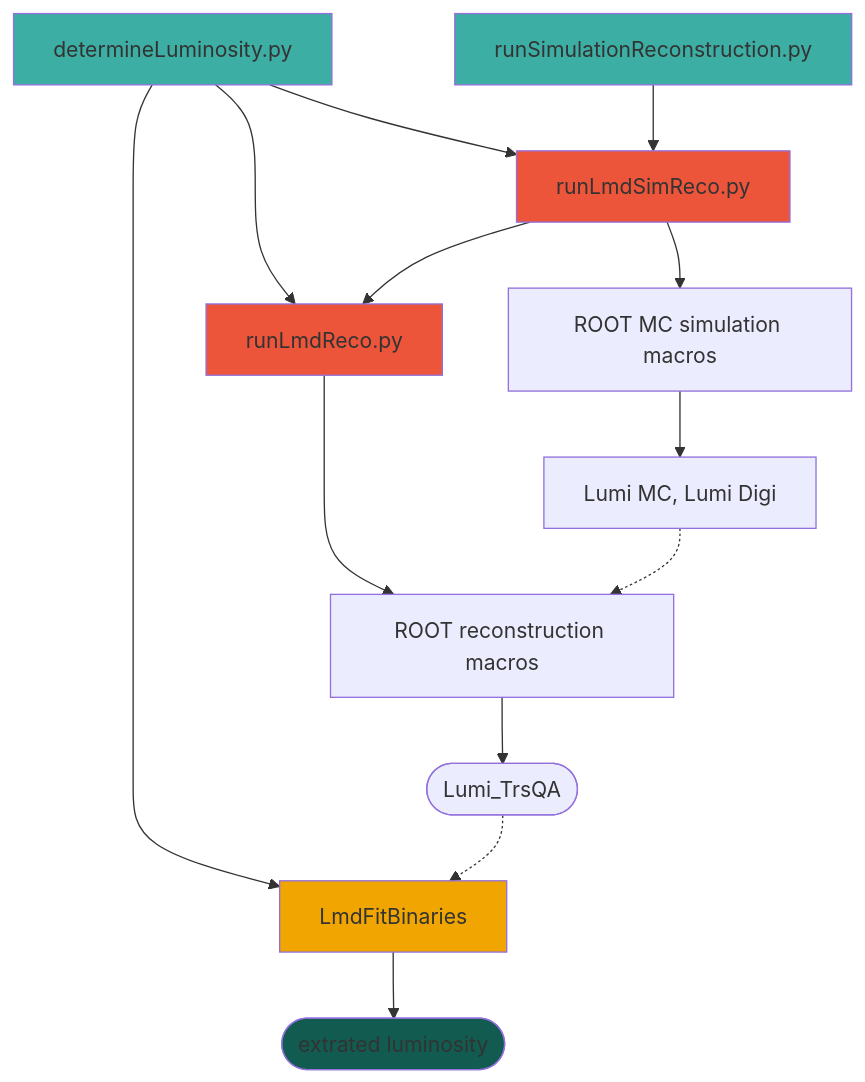
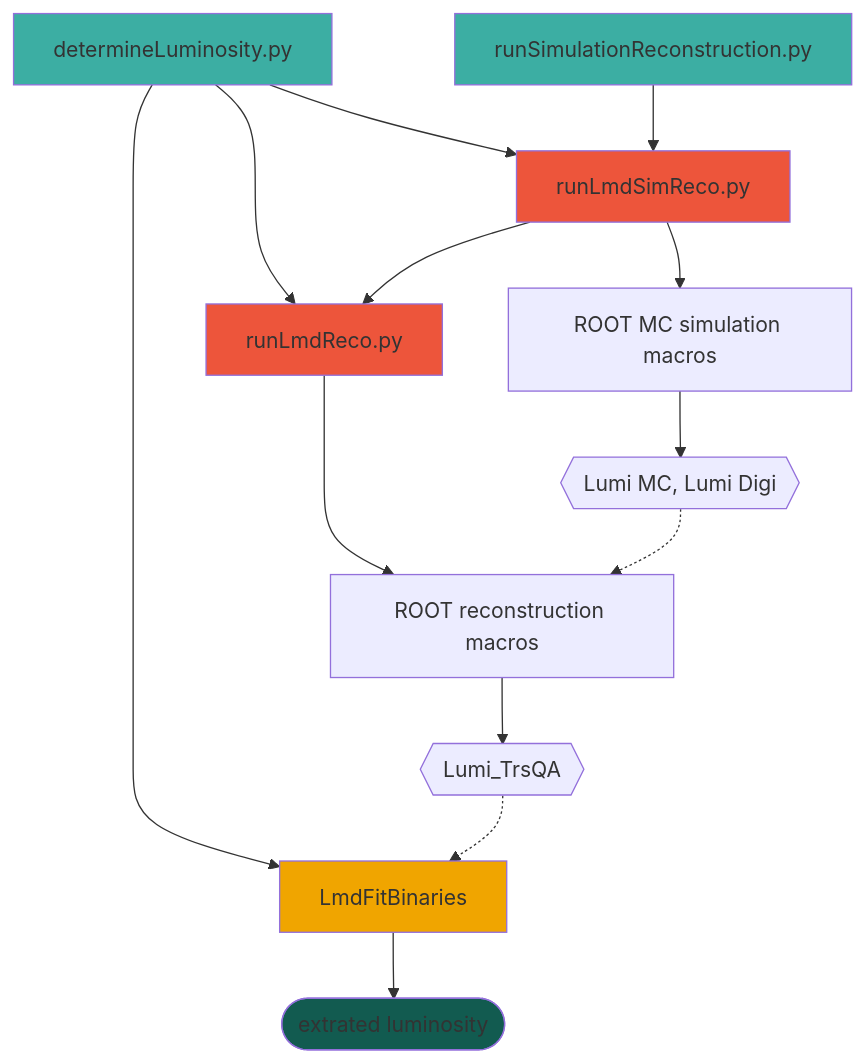
Before and after one commit to panda-luminosity-detector-group/LuminosityFit: the second of 6 diagrams in README.md, drawn with Mermaid. The commit also changed other lines of this file, not shown here.

Commit message:
minor tweaks to flowcharts

````diff
--- a/README.md
+++ b/README.md
@@ -110,26 +110,26 @@
 ```mermaid
 flowchart TD
     determineLuminosity.py:::teal --> runLmdReco.py:::red
     determineLuminosity.py --> runLmdSimReco.py:::red
     runSimulationReconstruction.py:::teal --> runLmdSimReco.py
     determineLuminosity.py --> LmdFitBinaries:::yellow
     runLmdSimReco.py --> runLmdReco.py
 
     runLmdSimReco.py --> simMacros[ROOT MC simulation macros]
     runLmdReco.py --> recoMacros[ROOT reconstruction macros]
 
-    simMacros --> lumiMC[Lumi MC, Lumi Digi]
-    recoMacros --> lumiQA([Lumi_TrsQA])
+    simMacros --> lumiMC{{Lumi MC, Lumi Digi}}
+    recoMacros --> lumiQA{{Lumi_TrsQA}}
     lumiMC -.-> recoMacros
     lumiQA -.-> LmdFitBinaries
     LmdFitBinaries --> lumiValue([extrated luminosity]):::green
 
     %% --- color some nodes
     %% user callable
 
     classDef red fill:#ed553b
     classDef yellow fill:#f0a500
     classDef green fill:#125b50
     classDef teal fill:#3caea3
 
 ```
````
